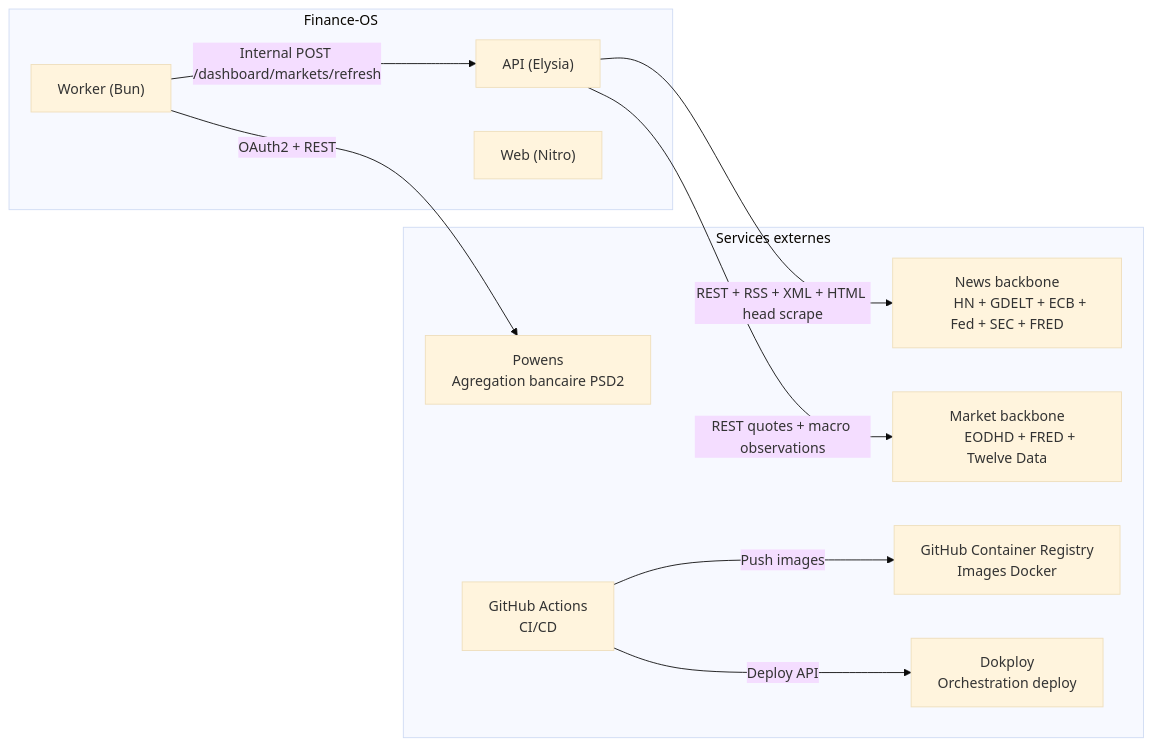
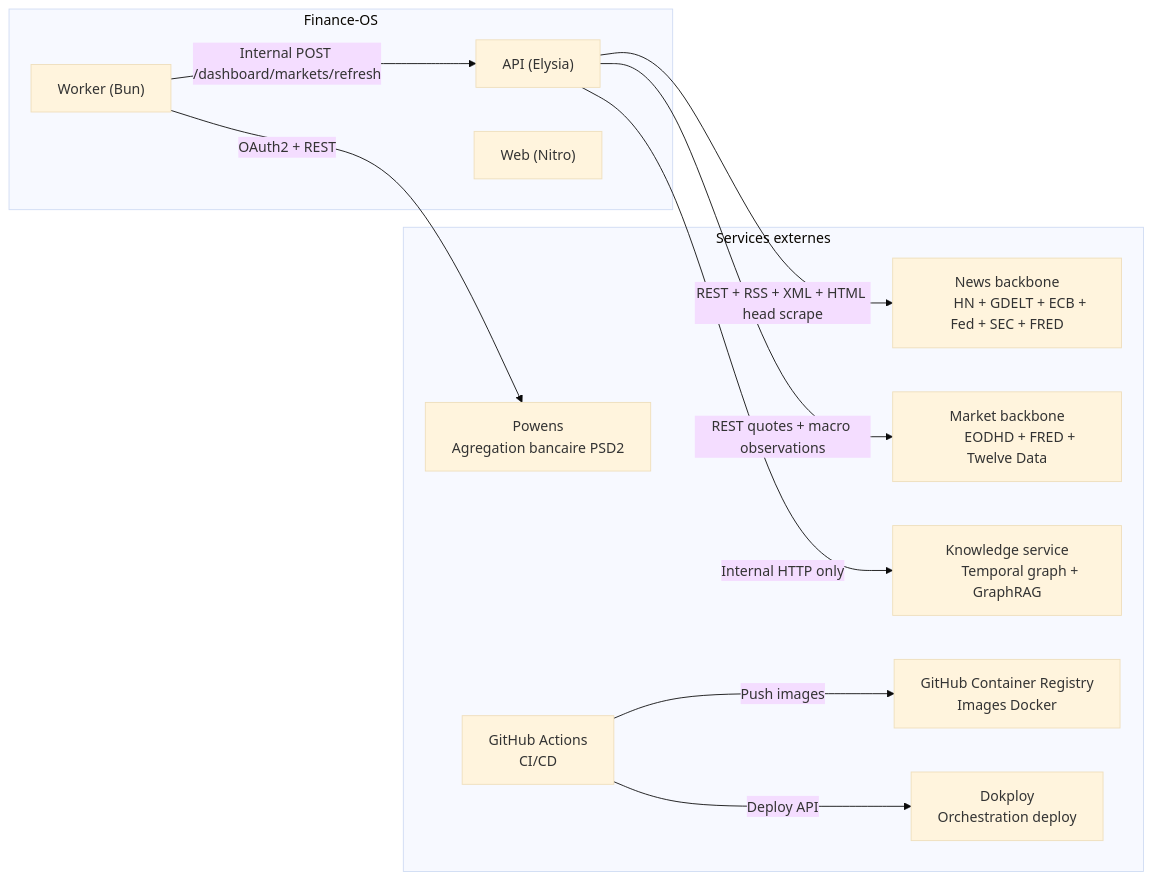
One commit to BigZoo92/finance-os changed the diagram in docs/context/EXTERNAL-SERVICES.md. Above: the diagram before and after it, drawn with Mermaid (base theme). The commit also changed other lines of this file and 64 other files, not shown here.

Commit message:
initialise graph db knwoledge python backend

````diff
--- a/docs/context/EXTERNAL-SERVICES.md
+++ b/docs/context/EXTERNAL-SERVICES.md
@@ -11,30 +11,33 @@
 ```mermaid
 graph LR
     subgraph "Finance-OS"
         API["API (Elysia)"]
         Worker["Worker (Bun)"]
         Web["Web (Nitro)"]
     end
 
     subgraph "Services externes"
         Powens["Powens
         Agregation bancaire PSD2"]
         NewsBackbone["News backbone
         HN + GDELT + ECB + Fed + SEC + FRED"]
         MarketBackbone["Market backbone
         EODHD + FRED + Twelve Data"]
+        Knowledge["Knowledge service
+        Temporal graph + GraphRAG"]
         GHCR["GitHub Container Registry
         Images Docker"]
         Dokploy["Dokploy
         Orchestration deploy"]
         GHA["GitHub Actions
         CI/CD"]
     end
 
     Worker -->|"OAuth2 + REST"| Powens
     API -->|"REST + RSS + XML + HTML head scrape"| NewsBackbone
     API -->|"REST quotes + macro observations"| MarketBackbone
+    API -->|"Internal HTTP only"| Knowledge
     Worker -->|"Internal POST /dashboard/markets/refresh"| API
     GHA -->|"Push images"| GHCR
     GHA -->|"Deploy API"| Dokploy
 ```
````
